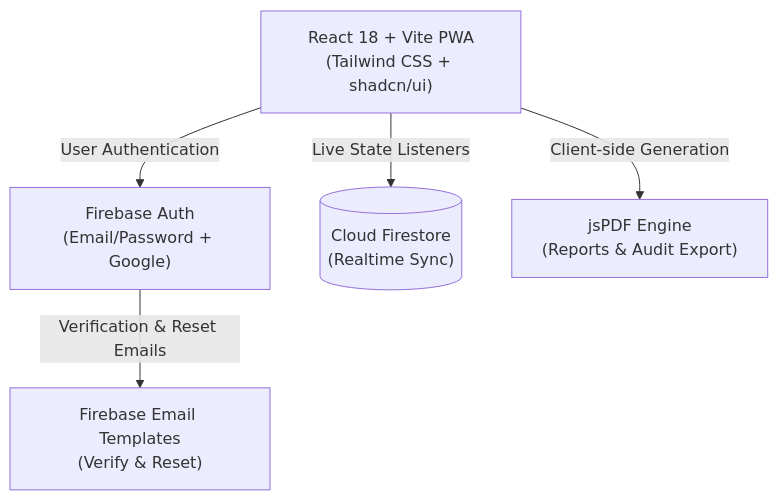
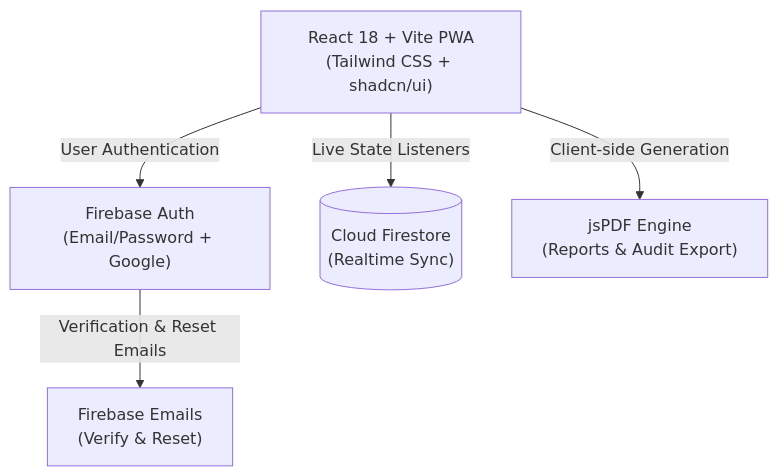
One commit to sharran-nk/Attendify changed the first of 2 diagrams in README.md. Above: the diagram before and after it, drawn with Mermaid. The commit also changed other lines of this file, not shown here.

Commit message:
docs: remove email templates references from README

````diff
--- a/README.md
+++ b/README.md
@@ -88,13 +88,13 @@
 ```mermaid
 graph TD
     Client["React 18 + Vite PWA<br/>(Tailwind CSS + shadcn/ui)"]
     Auth["Firebase Auth<br/>(Email/Password + Google)"]
     DB[("Cloud Firestore<br/>(Realtime Sync)")]
-    Mail["Firebase Email Templates<br/>(Verify & Reset)"]
+    Mail["Firebase Emails<br/>(Verify & Reset)"]
     DocSvc["jsPDF Engine<br/>(Reports & Audit Export)"]
 
     Client -->|User Authentication| Auth
     Client -->|Live State Listeners| DB
     Auth -->|Verification & Reset Emails| Mail
     Client -->|Client-side Generation| DocSvc
 ```
````
